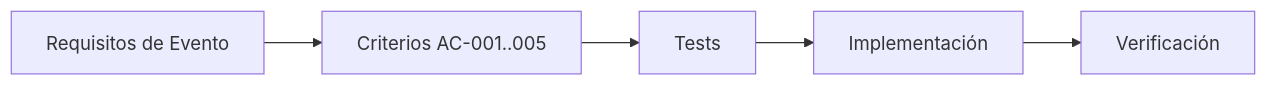
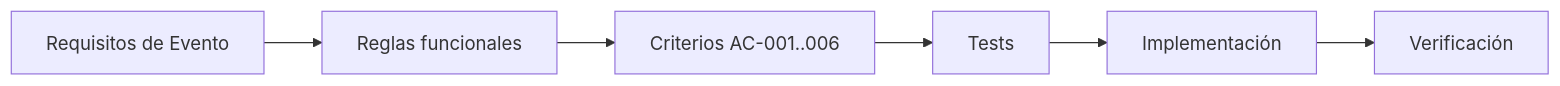
One commit to balderasalberto/eventos-sociales changed the third of 3 diagrams in docs/vertical-slices/VS-001-crear-evento.md. Above: the diagram before and after it, drawn with Mermaid. The commit also changed other lines of this file, not shown here.

Commit message:
docs: close VS-001 functional rules

````diff
--- a/docs/vertical-slices/VS-001-crear-evento.md
+++ b/docs/vertical-slices/VS-001-crear-evento.md
@@ -212,7 +264,8 @@
 ```mermaid
 flowchart LR
-    REQ[Requisitos de Evento] --> AC[Criterios AC-001..005]
+    REQ[Requisitos de Evento] --> RULES[Reglas funcionales]
+    RULES --> AC[Criterios AC-001..006]
     AC --> TEST[Tests]
     TEST --> CODE[Implementación]
     CODE --> VERIFY[Verificación]
 ```
````
